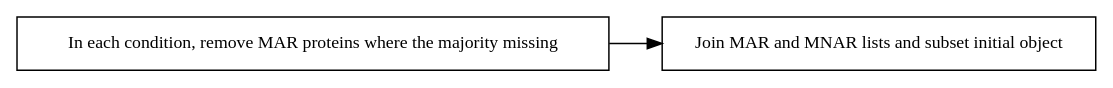
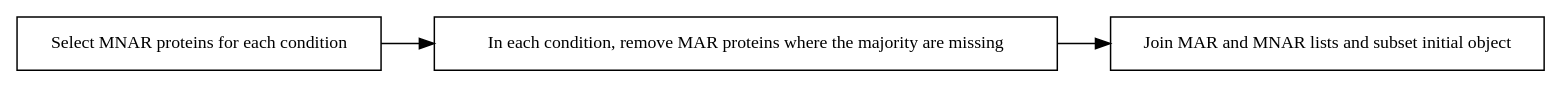
Before and after one commit to eturkes/AD-CBD-exosome-proteins: the diagram in graphviz/missing-value-removal/02.dot, drawn with Graphviz. The commit also changed 2 other files, not shown here.

```diff
--- a/graphviz/missing-value-removal/02.dot
+++ b/graphviz/missing-value-removal/02.dot
@@ -1,32 +1,34 @@
 /*
     This file is part of AD-exosome-characterisation.
     Copyright (C) 2022  Emir Turkes, Stephanie Fowler, UK DRI at UCL, Columbia
     University Medical Center
 
     This program is free software: you can redistribute it and/or modify
     it under the terms of the GNU General Public License as published by
     the Free Software Foundation, either version 3 of the License, or
     (at your option) any later version.
 
     This program is distributed in the hope that it will be useful,
     but WITHOUT ANY WARRANTY; without even the implied warranty of
     MERCHANTABILITY or FITNESS FOR A PARTICULAR PURPOSE.  See the
     GNU General Public License for more details.
 
     You should have received a copy of the GNU General Public License
     along with this program.  If not, see <http://www.gnu.org/licenses/>.
 
     Emir Turkes can be contacted at emir.turkes@eturkes.com
 */
 
 digraph {
     rankdir=LR;
     node [shape=box, fontname=Verdana, fontsize=12];
     edge [fontname=Verdana, fontsize=12];
     splines=ortho;
 
-    rm_MAR [label="In each condition, remove MAR proteins where the majority missing"];
+    select_MNAR [label="Select MNAR proteins for each condition"];
+    rm_MAR [label="In each condition, remove MAR proteins where the majority are missing"];
     join_subset [label="Join MAR and MNAR lists and subset initial object"];
 
+    select_MNAR -> rm_MAR
     rm_MAR -> join_subset;
 }
```
